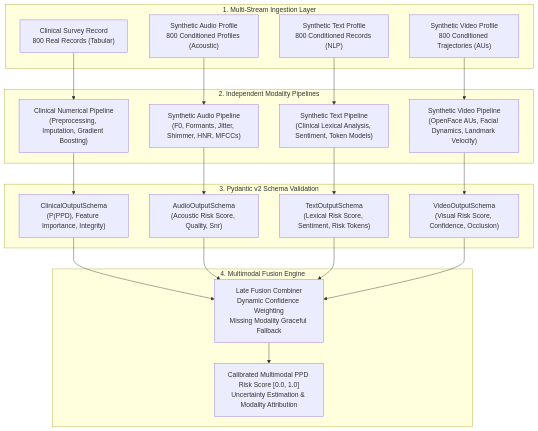
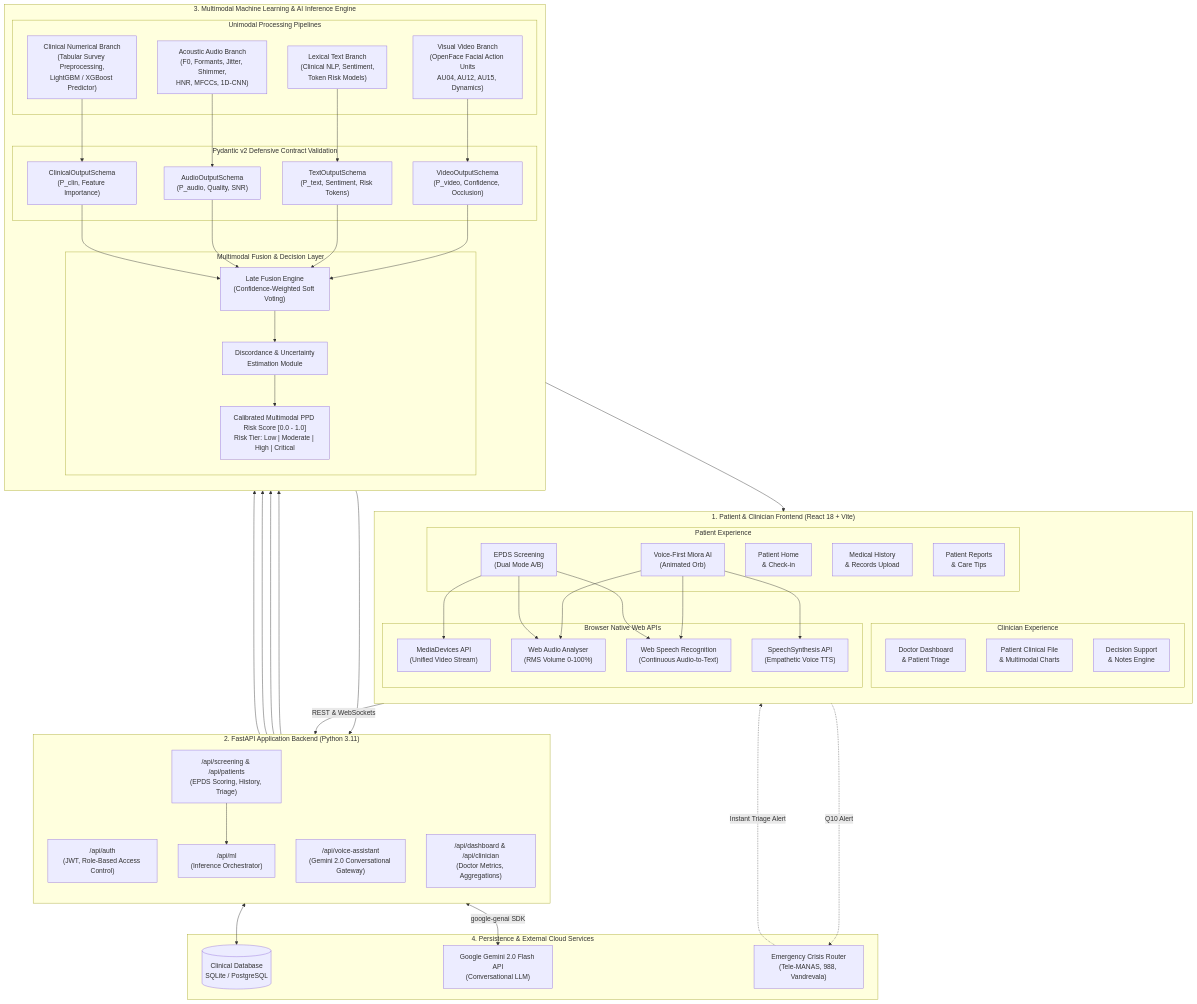
One commit to navamishetty72/postpartum-depression-screening changed the diagram in README.md. Above: the diagram before and after it, drawn with Mermaid. The commit also changed other lines of this file, not shown here.

Commit message:
docs: add comprehensive system architecture and platform documentation to README

````diff
--- a/README.md
+++ b/README.md
@@ -49,34 +124,101 @@
 ```mermaid
 flowchart TD
-    subgraph Ingestion["1. Multi-Stream Ingestion Layer"]
-        M1["Clinical Survey Record\n800 Real Records (Tabular)"]
-        M2["Synthetic Audio Profile\n800 Conditioned Profiles (Acoustic)"]
-        M3["Synthetic Text Profile\n800 Conditioned Records (NLP)"]
-        M4["Synthetic Video Profile\n800 Conditioned Trajectories (AUs)"]
+    %% ==========================================
+    %% 1. CLIENT LAYER
+    %% ==========================================
+    subgraph Client["1. Patient & Clinician Frontend (React 18 + Vite)"]
+        direction TB
+        subgraph PatientPortal["Patient Experience"]
+            P_Home["Patient Home\n& Check-in"]
+            P_Med["Medical History\n& Records Upload"]
+            P_Screen["EPDS Screening\n(Dual Mode A/B)"]
+            P_Voice["Voice-First Miora AI\n(Animated Orb)"]
+            P_Reports["Patient Reports\n& Care Tips"]
+        end
+
+        subgraph ClinicianPortal["Clinician Experience"]
+            C_Dash["Doctor Dashboard\n& Patient Triage"]
+            C_Patient["Patient Clinical File\n& Multimodal Charts"]
+            C_Decisions["Decision Support\n& Notes Engine"]
+        end
+
+        subgraph ClientMedia["Browser Native Web APIs"]
+            WebCam["MediaDevices API\n(Unified Video Stream)"]
+            WebAudio["Web Audio Analyser\n(RMS Volume 0-100%)"]
+            SpeechRec["Web Speech Recognition\n(Continuous Audio-to-Text)"]
+            SpeechSyn["SpeechSynthesis API\n(Empathetic Voice TTS)"]
+        end
     end
 
-    subgraph Pipelines["2. Independent Modality Pipelines"]
-        P1["Clinical Numerical Pipeline\n(Preprocessing, Imputation, Gradient Boosting)"]
-        P2["Synthetic Audio Pipeline\n(F0, Formants, Jitter, Shimmer, HNR, MFCCs)"]
-        P3["Synthetic Text Pipeline\n(Clinical Lexical Analysis, Sentiment, Token Models)"]
-        P4["Synthetic Video Pipeline\n(OpenFace AUs, Facial Dynamics, Landmark Velocity)"]
+    %% ==========================================
+    %% 2. BACKEND API GATEWAY
+    %% ==========================================
+    subgraph Gateway["2. FastAPI Application Backend (Python 3.11)"]
+        direction TB
+        AuthR["/api/auth\n(JWT, Role-Based Access Control)"]
+        ScreenR["/api/screening & /api/patients\n(EPDS Scoring, History, Triage)"]
+        VoiceR["/api/voice-assistant\n(Gemini 2.0 Conversational Gateway)"]
+        DashboardR["/api/dashboard & /api/clinician\n(Doctor Metrics, Aggregations)"]
+        MLRouter["/api/ml\n(Inference Orchestrator)"]
     end
 
-    subgraph Contracts["3. Pydantic v2 Schema Validation"]
-        C1["ClinicalOutputSchema\n(P(PPD), Feature Importance, Integrity)"]
-        C2["AudioOutputSchema\n(Acoustic Risk Score, Quality, Snr)"]
-        C3["TextOutputSchema\n(Lexical Risk Score, Sentiment, Risk Tokens)"]
-        C4["VideoOutputSchema\n(Visual Risk Score, Confidence, Occlusion)"]
+    %% ==========================================
+    %% 3. MULTIMODAL INFERENCE & FUSION ENGINE
+    %% ==========================================
+    subgraph MLEngine["3. Multimodal Machine Learning & AI Inference Engine"]
+        direction TB
+        subgraph UnimodalPipelines["Unimodal Processing Pipelines"]
+            Pipe_Clin["Clinical Numerical Branch\n(Tabular Survey Preprocessing,\nLightGBM / XGBoost Predictor)"]
+            Pipe_Audio["Acoustic Audio Branch\n(F0, Formants, Jitter, Shimmer,\nHNR, MFCCs, 1D-CNN)"]
+            Pipe_Text["Lexical Text Branch\n(Clinical NLP, Sentiment,\nToken Risk Models)"]
+            Pipe_Video["Visual Video Branch\n(OpenFace Facial Action Units\nAU04, AU12, AU15, Dynamics)"]
+        end
+
+        subgraph Schemas["Pydantic v2 Defensive Contract Validation"]
+            S_Clin["ClinicalOutputSchema\n(P_clin, Feature Importance)"]
+            S_Audio["AudioOutputSchema\n(P_audio, Quality, SNR)"]
+            S_Text["TextOutputSchema\n(P_text, Sentiment, Risk Tokens)"]
+            S_Video["VideoOutputSchema\n(P_video, Confidence, Occlusion)"]
+        end
+
+        subgraph FusionLayer["Multimodal Fusion & Decision Layer"]
+            Fusion["Late Fusion Engine\n(Confidence-Weighted Soft Voting)"]
+            Discordance["Discordance & Uncertainty\nEstimation Module"]
+            CalibratedOutput["Calibrated Multimodal PPD Risk Score [0.0 - 1.0]\nRisk Tier: Low | Moderate | High | Critical"]
+        end
     end
 
-    subgraph Fusion["4. Multimodal Fusion Engine"]
-        F1["Late Fusion Combiner\nDynamic Confidence Weighting\nMissing Modality Graceful Fallback"]
-        F2["Calibrated Multimodal PPD Risk Score [0.0, 1.0]\nUncertainty Estimation & Modality Attribution"]
+    %% ==========================================
+    %% 4. DATA & EXTERNAL SERVICES
+    %% ==========================================
+    subgraph DataServices["4. Persistence & External Cloud Services"]
+        DB[(Clinical Database\nSQLite / PostgreSQL)]
+        GeminiCloud["Google Gemini 2.0 Flash API\n(Conversational LLM)"]
+        EmergencyService["Emergency Crisis Router\n(Tele-MANAS, 988, Vandrevala)"]
     end
 
-    M1 --> P1 --> C1 --> F1
-    M2 --> P2 --> C2 --> F1
-    M3 --> P3 --> C3 --> F1
-    M4 --> P4 --> C4 --> F1
-    F1 --> F2
+    %% ==========================================
+    %% DATA FLOW WIRING
+    %% ==========================================
+    P_Screen --> WebCam & WebAudio & SpeechRec
+    P_Voice --> WebAudio & SpeechRec & SpeechSyn
+    
+    Client -->|REST & WebSockets| Gateway
+    VoiceR <-->|google-genai SDK| GeminiCloud
+    Gateway <--> DB
+
+    ScreenR --> MLRouter
+    MLRouter --> Pipe_Clin & Pipe_Audio & Pipe_Text & Pipe_Video
+
+    Pipe_Clin --> S_Clin --> Fusion
+    Pipe_Audio --> S_Audio --> Fusion
+    Pipe_Text --> S_Text --> Fusion
+    Pipe_Video --> S_Video --> Fusion
+
+    Fusion --> Discordance --> CalibratedOutput
+    CalibratedOutput --> ScreenR
+    CalibratedOutput --> C_Dash
+
+    P_Screen -.->|Q10 Alert| EmergencyService
+    EmergencyService -.->|Instant Triage Alert| C_Dash
 ```
````
